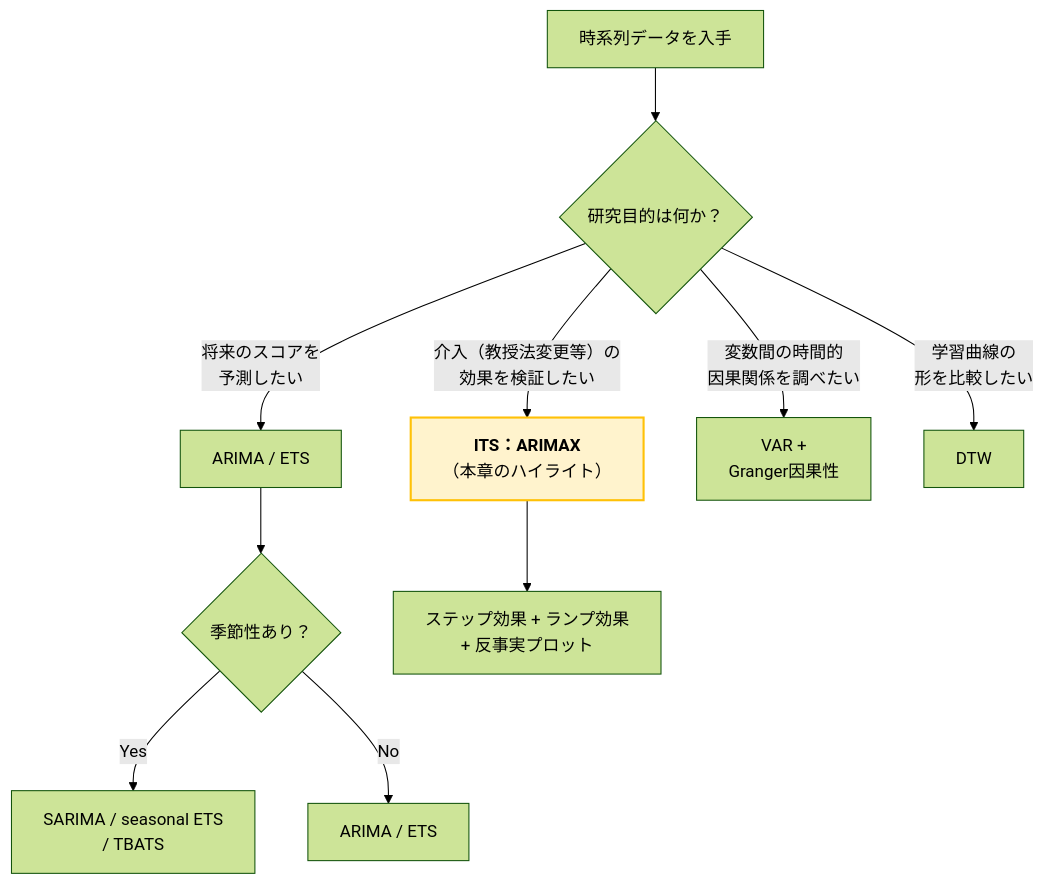
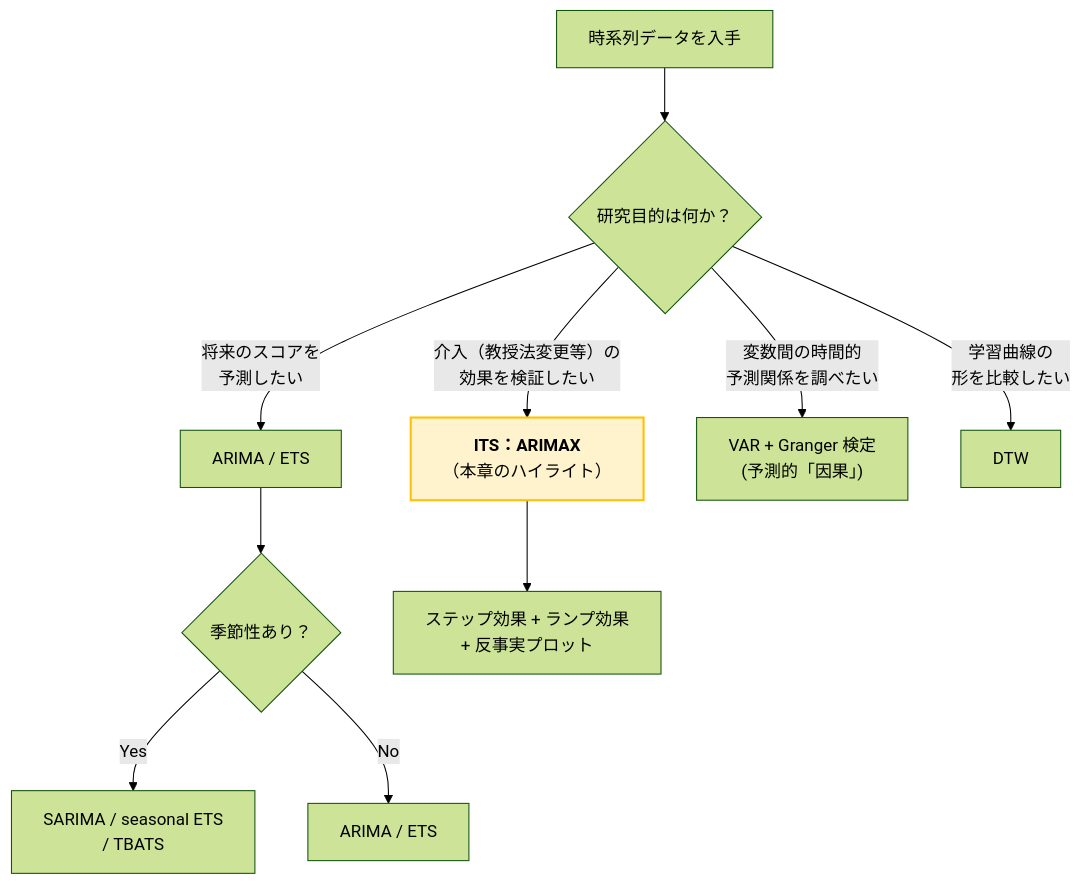
Before and after one commit to Ryuya-dot-com/ELE_Website_Statistics_Book: the diagram in 13_時系列データ分析_基礎.qmd, drawn with Mermaid (forest theme). The commit also changed other lines of this file and 896 other files, not shown here.

````diff
--- a/13_時系列データ分析_基礎.qmd
+++ b/13_時系列データ分析_基礎.qmd
@@ -143,16 +143,16 @@
 ```{mermaid}
 %%| label: fig-ts-flowchart
 %%| fig-cap: "時系列分析の手法選択フローチャート"
 flowchart TD
     A["時系列データを入手"] --> B{"研究目的は何か？"}
     B -->|"将来のスコアを<br>予測したい"| C["ARIMA / ETS"]
     B -->|"介入（教授法変更等）の<br>効果を検証したい"| D["<strong>ITS：ARIMAX</strong><br>（本章のハイライト）"]
-    B -->|"変数間の時間的<br>因果関係を調べたい"| E["VAR +<br>Granger因果性"]
+    B -->|"変数間の時間的<br>予測関係を調べたい"| E["VAR + Granger 検定<br>(予測的「因果」)"]
     B -->|"学習曲線の<br>形を比較したい"| F["DTW"]
     C --> G{"季節性あり？"}
     G -->|Yes| H["SARIMA / seasonal ETS<br>/ TBATS"]
     G -->|No| I["ARIMA / ETS"]
     D --> J["ステップ効果 + ランプ効果<br>+ 反事実プロット"]
 
     style D fill:#fff3cd,stroke:#ffc107,stroke-width:2px
 ```
````
